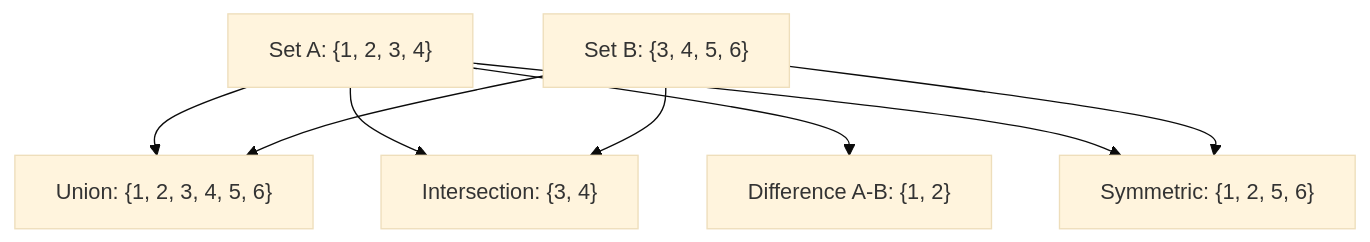
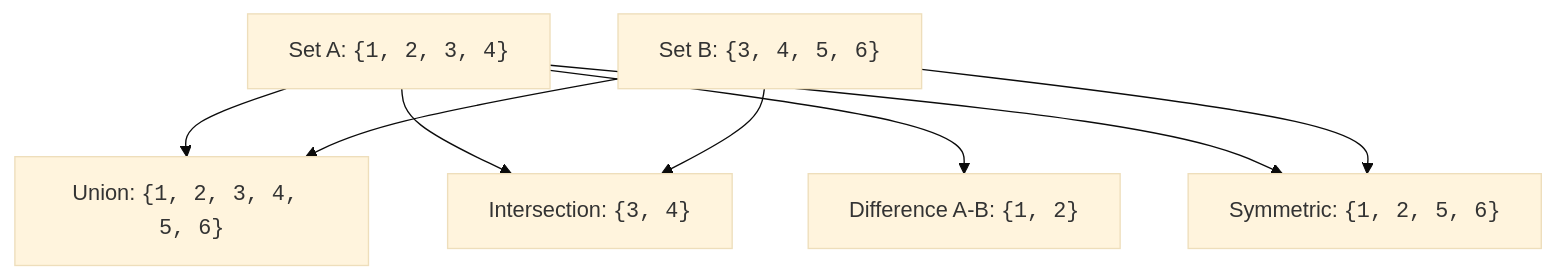
One commit to dataslope/dataslope changed the second of 2 diagrams in content/learn/python-basics/sets.mdx. Above: the diagram before and after it, drawn with Mermaid (base theme). The commit also changed other lines of this file and 218 other files, not shown here.

First line of the commit message:
Render code-only mermaid shapes in monospace; convert step sequences to Steps (#467)

````diff
--- a/content/learn/python-basics/sets.mdx
+++ b/content/learn/python-basics/sets.mdx
@@ -161,17 +161,17 @@
 ```mermaid
 graph TD
-    A["Set A: {1, 2, 3, 4}"]
-    B["Set B: {3, 4, 5, 6}"]
-    C["Union: {1, 2, 3, 4, 5, 6}"]
-    D["Intersection: {3, 4}"]
-    E["Difference A-B: {1, 2}"]
-    F["Symmetric: {1, 2, 5, 6}"]
+    A["Set A: <code>{1, 2, 3, 4}</code>"]
+    B["Set B: <code>{3, 4, 5, 6}</code>"]
+    C["Union: <code>{1, 2, 3, 4, 5, 6}</code>"]
+    D["Intersection: <code>{3, 4}</code>"]
+    E["Difference A-B: <code>{1, 2}</code>"]
+    F["Symmetric: <code>{1, 2, 5, 6}</code>"]
     
     A --> C
     B --> C
     A --> D
     B --> D
     A --> E
     A --> F
     B --> F
 ```
````
